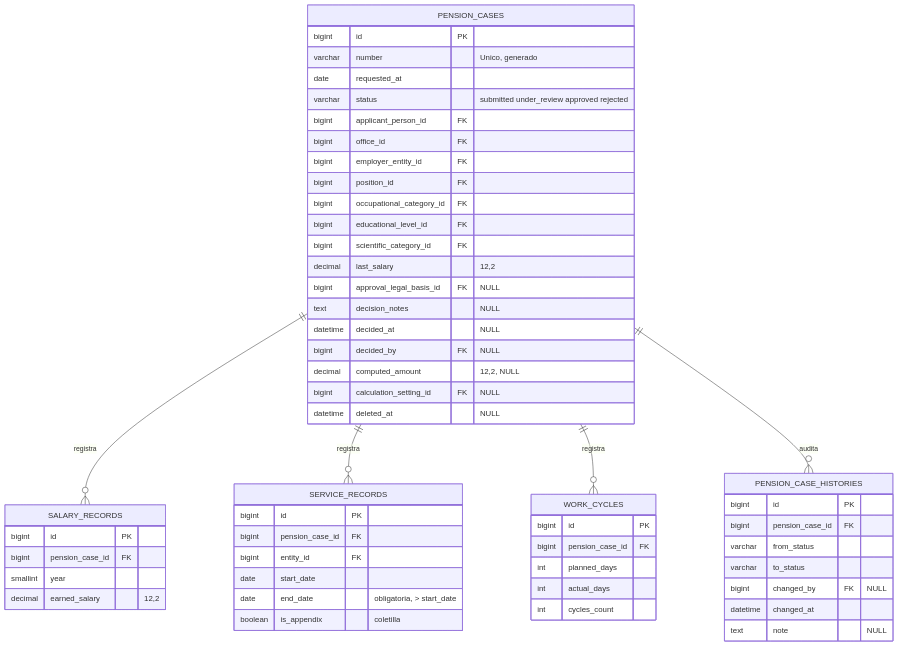
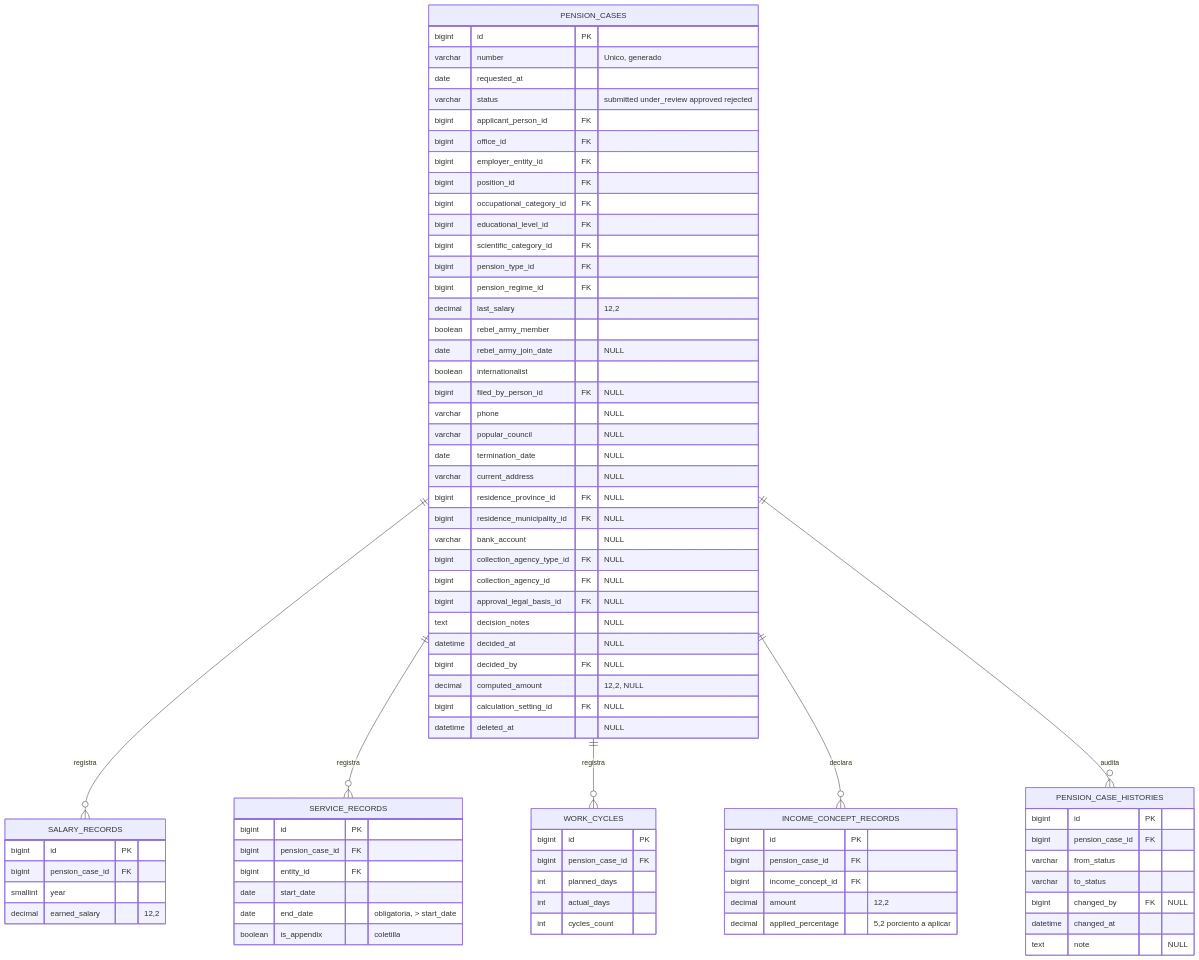
One commit to keniercb/inass_siss changed the fifth of 7 diagrams in download/Modelo de datos.md. Above: the diagram before and after it, drawn with Mermaid. The commit also changed other lines of this file and 4 other files, not shown here.

Commit message:
docs(SGP-36): payment form on agency types, promovente residence/collection data and concept percentage in the four documents (implementation pending validation)

````diff
--- a/download/Modelo de datos.md
+++ b/download/Modelo de datos.md
@@ -310,58 +314,81 @@
 ```mermaid
 erDiagram
     PENSION_CASES {
         bigint id PK
         varchar number "Unico, generado"
         date requested_at
         varchar status "submitted under_review approved rejected"
         bigint applicant_person_id FK
         bigint office_id FK
         bigint employer_entity_id FK
         bigint position_id FK
         bigint occupational_category_id FK
         bigint educational_level_id FK
         bigint scientific_category_id FK
+        bigint pension_type_id FK
+        bigint pension_regime_id FK
         decimal last_salary "12,2"
+        boolean rebel_army_member
+        date rebel_army_join_date "NULL"
+        boolean internationalist
+        bigint filed_by_person_id FK "NULL"
+        varchar phone "NULL"
+        varchar popular_council "NULL"
+        date termination_date "NULL"
+        varchar current_address "NULL"
+        bigint residence_province_id FK "NULL"
+        bigint residence_municipality_id FK "NULL"
+        varchar bank_account "NULL"
+        bigint collection_agency_type_id FK "NULL"
+        bigint collection_agency_id FK "NULL"
         bigint approval_legal_basis_id FK "NULL"
         text decision_notes "NULL"
         datetime decided_at "NULL"
         bigint decided_by FK "NULL"
         decimal computed_amount "12,2, NULL"
         bigint calculation_setting_id FK "NULL"
         datetime deleted_at "NULL"
     }
     SALARY_RECORDS {
         bigint id PK
         bigint pension_case_id FK
         smallint year
         decimal earned_salary "12,2"
     }
     SERVICE_RECORDS {
         bigint id PK
         bigint pension_case_id FK
         bigint entity_id FK
         date start_date
         date end_date "obligatoria, > start_date"
         boolean is_appendix "coletilla"
     }
     WORK_CYCLES {
         bigint id PK
         bigint pension_case_id FK
         int planned_days
         int actual_days
         int cycles_count
     }
+    INCOME_CONCEPT_RECORDS {
+        bigint id PK
+        bigint pension_case_id FK
+        bigint income_concept_id FK
+        decimal amount "12,2"
+        decimal applied_percentage "5,2 porciento a aplicar"
+    }
     PENSION_CASE_HISTORIES {
         bigint id PK
         bigint pension_case_id FK
         varchar from_status
         varchar to_status
         bigint changed_by FK "NULL"
         datetime changed_at
         text note "NULL"
     }
     PENSION_CASES ||--o{ SALARY_RECORDS : "registra"
     PENSION_CASES ||--o{ SERVICE_RECORDS : "registra"
     PENSION_CASES ||--o{ WORK_CYCLES : "registra"
+    PENSION_CASES ||--o{ INCOME_CONCEPT_RECORDS : "declara"
     PENSION_CASES ||--o{ PENSION_CASE_HISTORIES : "audita"
 ```
````
